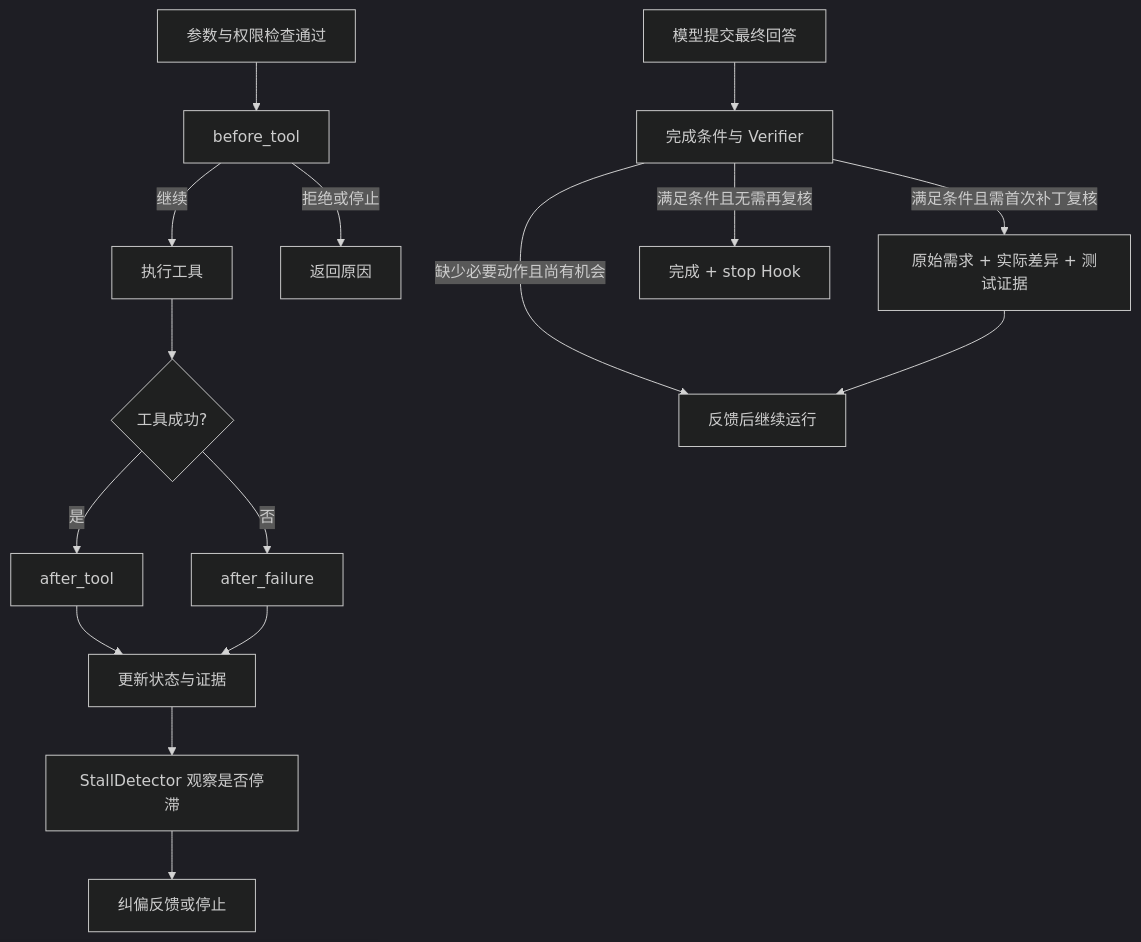
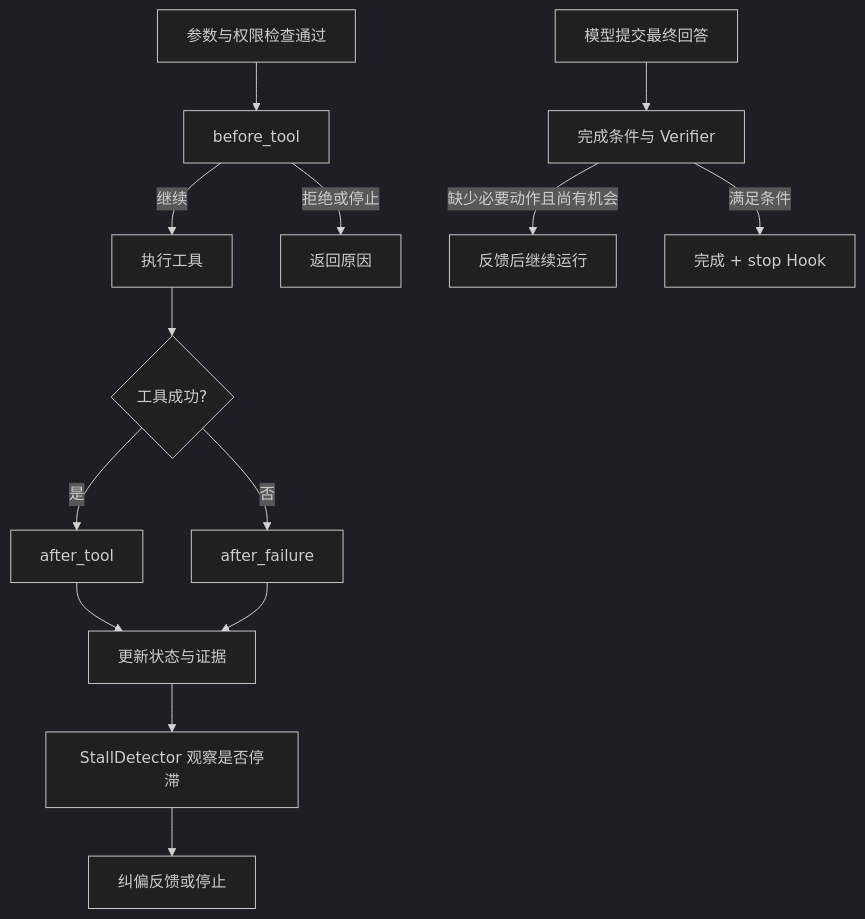
One commit to prossiblezero/Aster changed the diagram in docs/learning/08-hooks-and-completion.md. Above: the diagram before and after it, drawn with Mermaid (dark theme). The commit also changed other lines of this file and 132 other files, not shown here.

````diff
--- a/docs/learning/08-hooks-and-completion.md
+++ b/docs/learning/08-hooks-and-completion.md
@@ -17,18 +17,16 @@
 ```mermaid
 flowchart TD
     A[参数与权限检查通过] --> B[before_tool]
     B -->|继续| C[执行工具]
     B -->|拒绝或停止| D[返回原因]
     C --> E{工具成功?}
     E -->|是| F[after_tool]
     E -->|否| G[after_failure]
     F --> H[更新状态与证据]
     G --> H
     H --> I[StallDetector 观察是否停滞]
     I --> J[纠偏反馈或停止]
     K[模型提交最终回答] --> L[完成条件与 Verifier]
     L -->|缺少必要动作且尚有机会| M[反馈后继续运行]
-    L -->|满足条件且需首次补丁复核| O[原始需求 + 实际差异 + 测试证据]
-    O --> M
-    L -->|满足条件且无需再复核| N[完成 + stop Hook]
+    L -->|满足条件| N[完成 + stop Hook]
 ```
````
